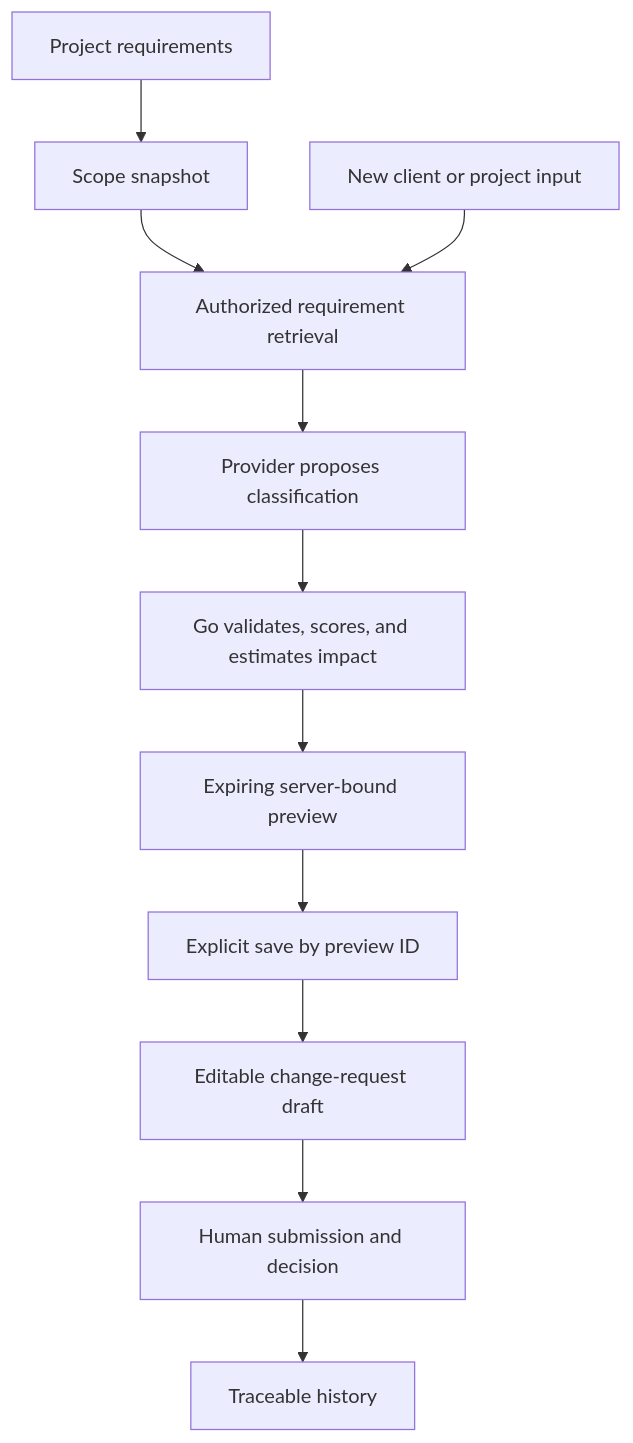
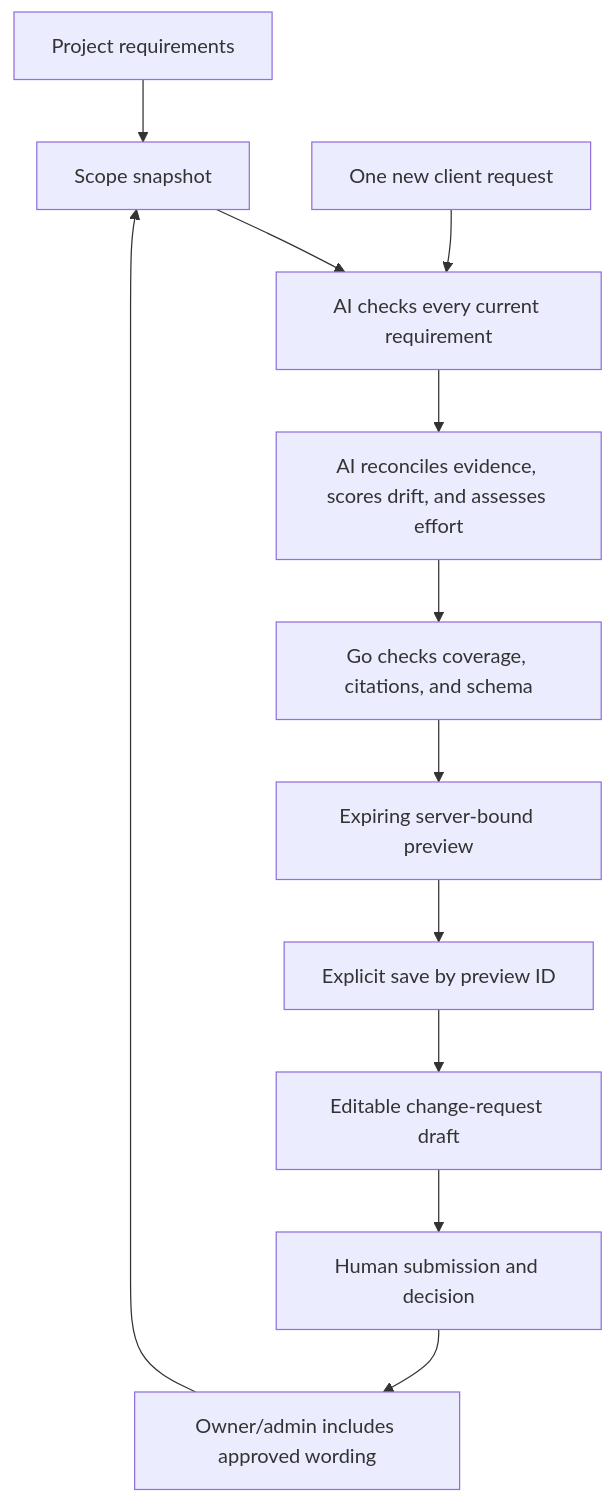
Before and after one commit to muneeb-anjum0/Drift: the second of 2 diagrams in README.md, drawn with Mermaid. The commit also changed other lines of this file and 58 other files, not shown here.

````diff
--- a/README.md
+++ b/README.md
@@ -75,13 +75,14 @@
 ```mermaid
 flowchart TB
     Requirements[Project requirements] --> Snapshot[Scope snapshot]
-    Snapshot --> Retrieval[Authorized requirement retrieval]
-    NewInput[New client or project input] --> Retrieval
-    Retrieval --> Classification[Provider proposes classification]
-    Classification --> Normalization[Go validates, scores, and estimates impact]
-    Normalization --> Preview[Expiring server-bound preview]
+    Snapshot --> FullCheck[AI checks every current requirement]
+    NewInput[One new client request] --> FullCheck
+    FullCheck --> Synthesis[AI reconciles evidence, scores drift, and assesses effort]
+    Synthesis --> Validation[Go checks coverage, citations, and schema]
+    Validation --> Preview[Expiring server-bound preview]
     Preview --> Save[Explicit save by preview ID]
     Save --> Draft[Editable change-request draft]
     Draft --> Decision[Human submission and decision]
-    Decision --> History[Traceable history]
+    Decision --> Inclusion[Owner/admin includes approved wording]
+    Inclusion --> Snapshot
 ```
````
